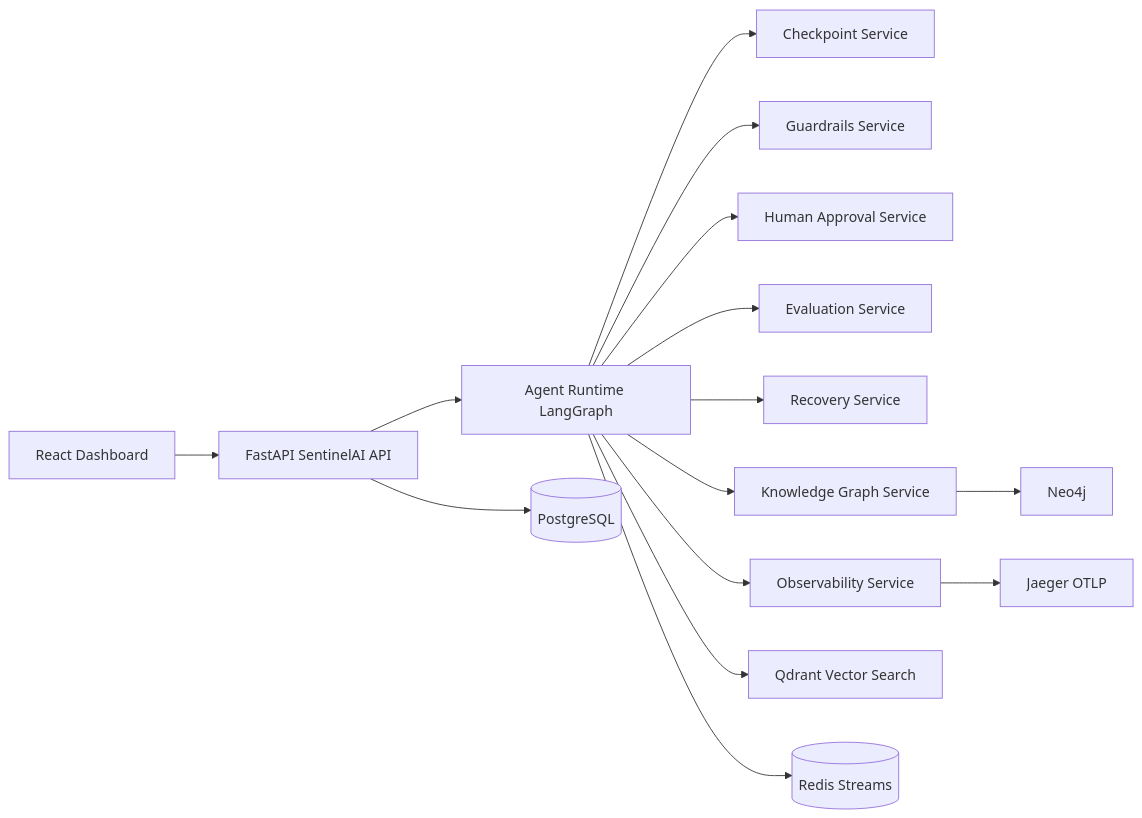
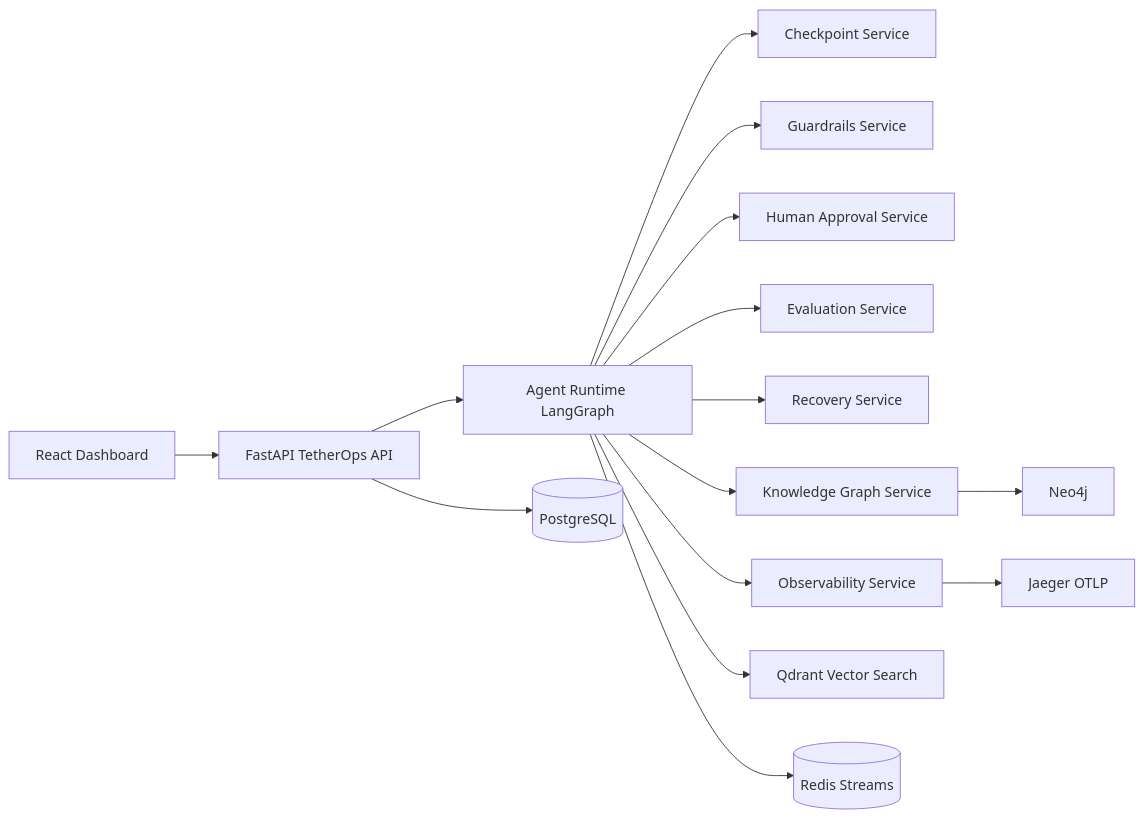
The diagram in README.md (shashank2235/AgnetOps), drawn with Mermaid before and after one commit. The commit also changed other lines of this file and 3 other files, not shown here.

First line of the commit message:
chore: rename branding to TetherOps

````diff
--- a/README.md
+++ b/README.md
@@ -42,17 +42,17 @@
 ```mermaid
 flowchart LR
-  UI[React Dashboard] --> API[FastAPI SentinelAI API]
+  UI[React Dashboard] --> API[FastAPI TetherOps API]
   API --> RT[Agent Runtime LangGraph]
   RT --> CP[Checkpoint Service]
   RT --> GR[Guardrails Service]
   RT --> AP[Human Approval Service]
   RT --> EV[Evaluation Service]
   RT --> RC[Recovery Service]
   RT --> KG[Knowledge Graph Service]
   RT --> OBS[Observability Service]
   RT --> QV[Qdrant Vector Search]
   KG --> N4J[Neo4j]
   API --> PG[(PostgreSQL)]
   RT --> RS[(Redis Streams)]
   OBS --> JG[Jaeger OTLP]
 ```
````
